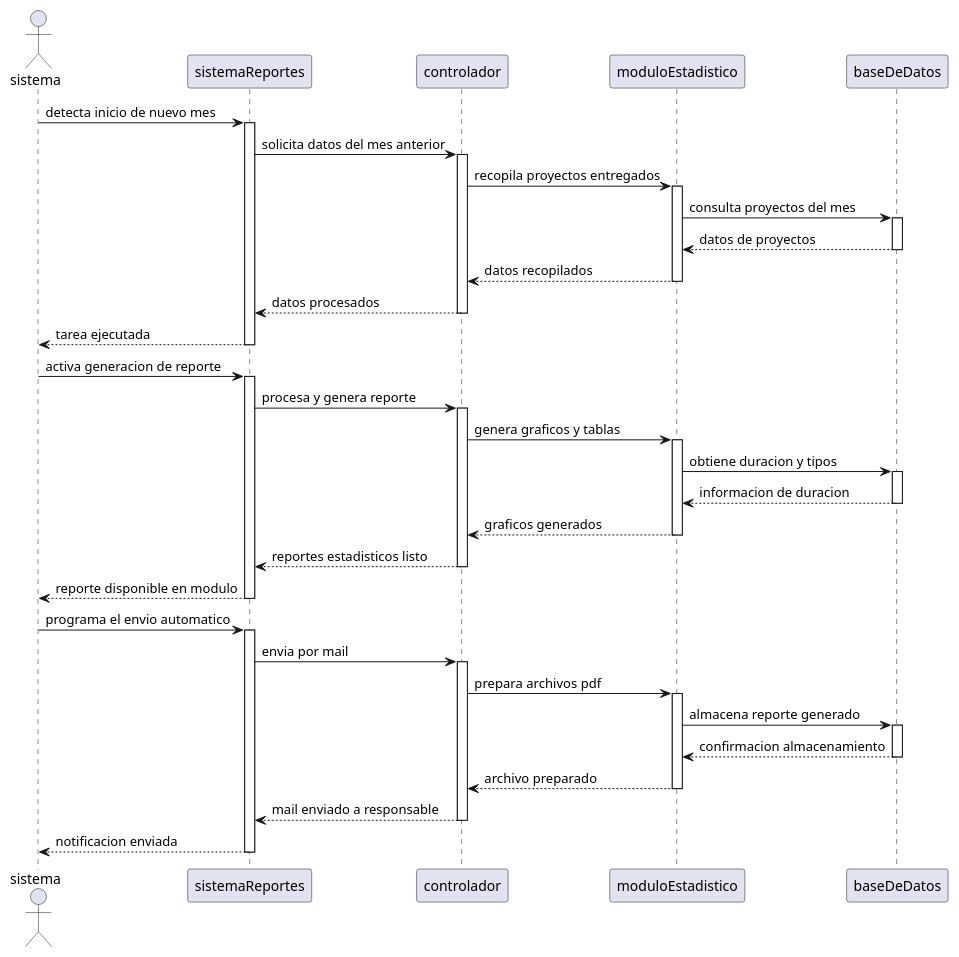
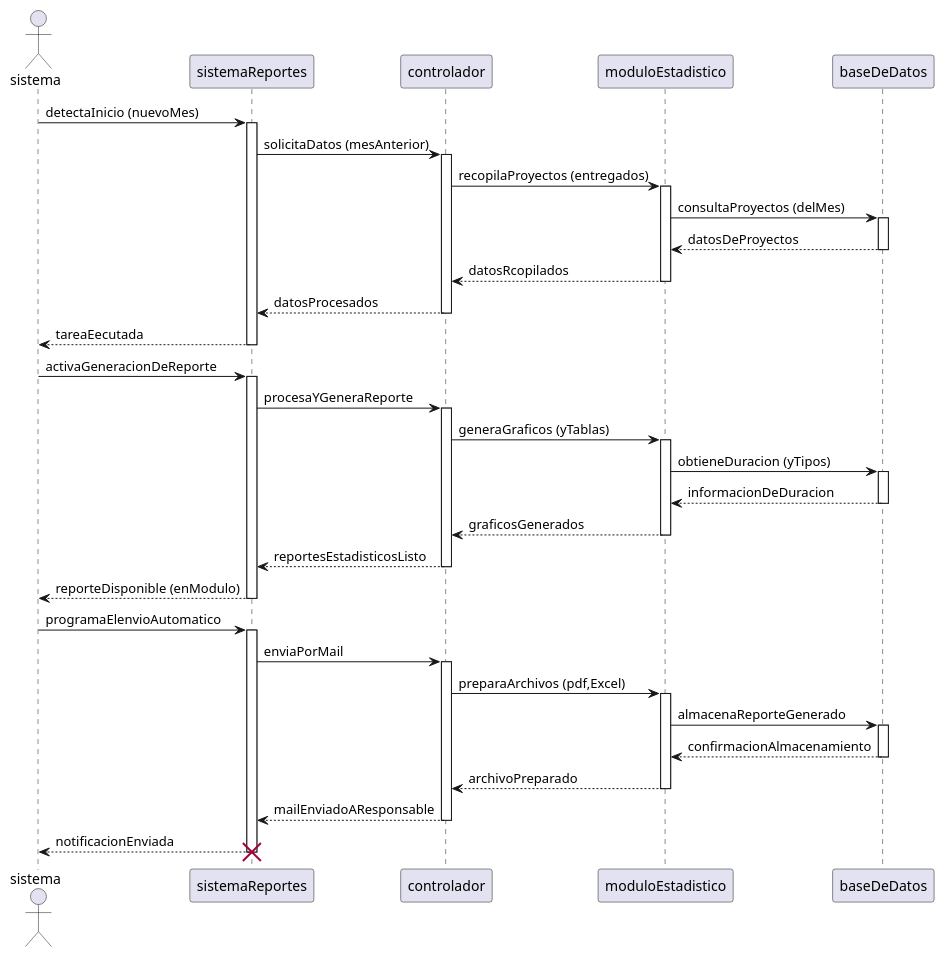
The diagram in 05-diagrama-secuencia/05-secuencia-consulta-estadisticas-consulta-automatica-mensual-de-estadisticas-04.puml (9919-Mili/SistemaProductoraVideos), drawn with PlantUML before and after one commit. The commit also changed 9 other files, not shown here.

Commit message:
Agregue diagramas png

```diff
--- a/05-diagrama-secuencia/05-secuencia-consulta-estadisticas-consulta-automatica-mensual-de-estadisticas-04.puml
+++ b/05-diagrama-secuencia/05-secuencia-consulta-estadisticas-consulta-automatica-mensual-de-estadisticas-04.puml
@@ -1,62 +1,64 @@
 @startuml
 
 actor sistema
 participant sistemaReportes
 participant controlador
 participant moduloEstadistico
 participant baseDeDatos
 
-sistema -> sistemaReportes: detecta inicio de nuevo mes
+sistema -> sistemaReportes: detectaInicio (nuevoMes)
 activate sistemaReportes
-sistemaReportes -> controlador: solicita datos del mes anterior 
+sistemaReportes -> controlador: solicitaDatos (mesAnterior) 
 activate controlador
-controlador -> moduloEstadistico: recopila proyectos entregados 
+controlador -> moduloEstadistico: recopilaProyectos (entregados) 
 activate moduloEstadistico
-moduloEstadistico -> baseDeDatos: consulta proyectos del mes
+moduloEstadistico -> baseDeDatos: consultaProyectos (delMes)
 activate baseDeDatos
-baseDeDatos --> moduloEstadistico: datos de proyectos
+baseDeDatos --> moduloEstadistico: datosDeProyectos
 deactivate baseDeDatos
-moduloEstadistico --> controlador: datos recopilados 
+moduloEstadistico --> controlador: datosRcopilados 
 deactivate moduloEstadistico
-controlador --> sistemaReportes: datos procesados
+controlador --> sistemaReportes: datosProcesados
 deactivate controlador
-sistemaReportes --> sistema: tarea ejecutada
+sistemaReportes --> sistema: tareaEecutada
 deactivate sistemaReportes
 
 
-sistema -> sistemaReportes: activa generacion de reporte
+sistema -> sistemaReportes: activaGeneracionDeReporte
 activate sistemaReportes
-sistemaReportes -> controlador: procesa y genera reporte 
+sistemaReportes -> controlador: procesaYGeneraReporte 
 activate controlador
-controlador -> moduloEstadistico: genera graficos y tablas 
+controlador -> moduloEstadistico: generaGraficos (yTablas) 
 activate moduloEstadistico
-moduloEstadistico -> baseDeDatos: obtiene duracion y tipos
+moduloEstadistico -> baseDeDatos: obtieneDuracion (yTipos)
 activate baseDeDatos 
-baseDeDatos --> moduloEstadistico: informacion de duracion
+baseDeDatos --> moduloEstadistico: informacionDeDuracion
 deactivate baseDeDatos
-moduloEstadistico --> controlador: graficos generados 
+moduloEstadistico --> controlador: graficosGenerados 
 deactivate moduloEstadistico
-controlador --> sistemaReportes: reportes estadisticos listo
+controlador --> sistemaReportes: reportesEstadisticosListo
 deactivate controlador 
-sistemaReportes --> sistema: reporte disponible en modulo
+sistemaReportes --> sistema: reporteDisponible (enModulo)
 deactivate sistemaReportes
 
 
-sistema -> sistemaReportes: programa el envio automatico 
+sistema -> sistemaReportes: programaElenvioAutomatico 
 activate sistemaReportes
-sistemaReportes -> controlador: envia por mail
+sistemaReportes -> controlador: enviaPorMail
 activate controlador
-controlador -> moduloEstadistico: prepara archivos pdf 
+controlador -> moduloEstadistico: preparaArchivos (pdf,Excel) 
 activate moduloEstadistico
-moduloEstadistico -> baseDeDatos: almacena reporte generado 
+moduloEstadistico -> baseDeDatos: almacenaReporteGenerado 
 activate baseDeDatos
-baseDeDatos --> moduloEstadistico: confirmacion almacenamiento
+baseDeDatos --> moduloEstadistico: confirmacionAlmacenamiento
 deactivate baseDeDatos
-moduloEstadistico --> controlador: archivo preparado 
+moduloEstadistico --> controlador: archivoPreparado 
 deactivate moduloEstadistico
-controlador --> sistemaReportes: mail enviado a responsable 
+controlador --> sistemaReportes: mailEnviadoAResponsable 
 deactivate controlador
-sistemaReportes --> sistema: notificacion enviada 
+sistemaReportes --> sistema: notificacionEnviada 
 deactivate sistemaReportes
 
+destroy sistemaReportes
+
 @enduml
```
